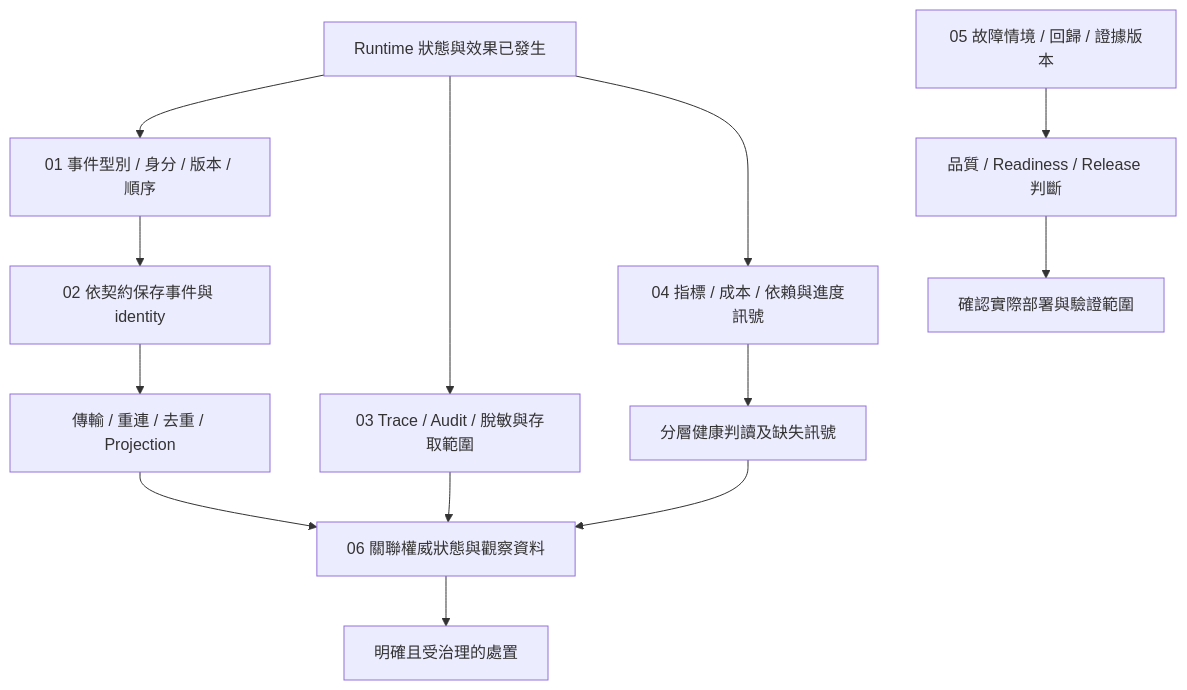
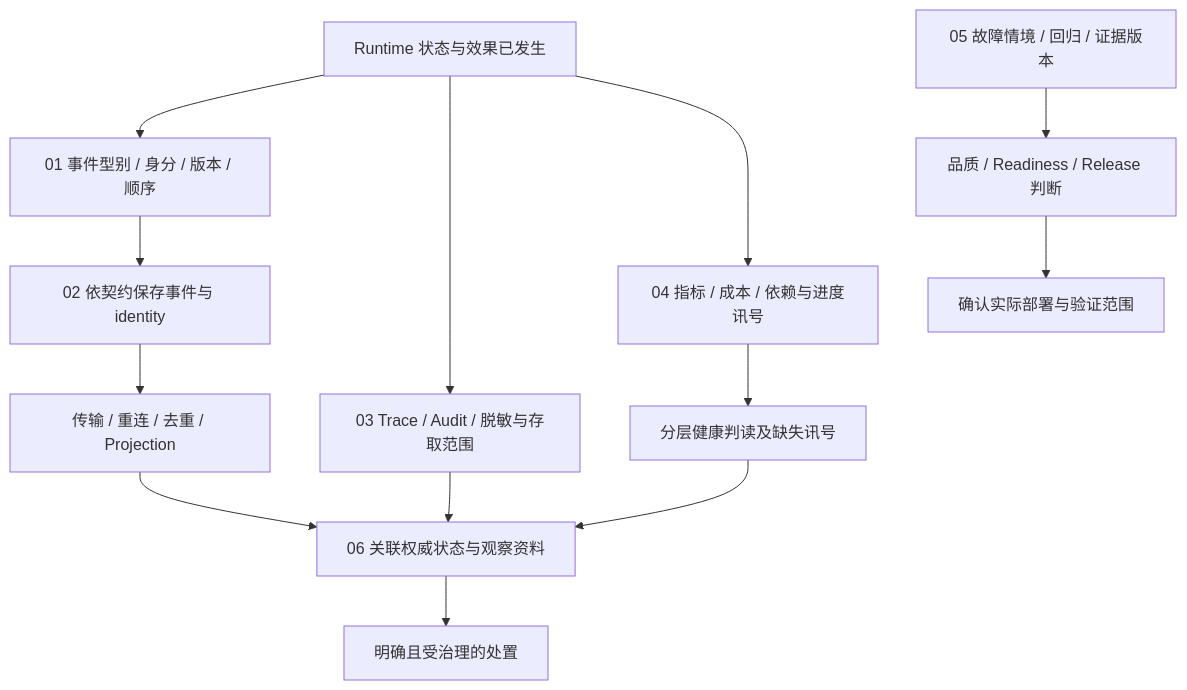
Before and after one commit to HsienW/gun-harness-engineering: the diagram in agent-runtime/events-and-operations/README-zh-CN.md, drawn with Mermaid. The commit also changed other lines of this file and 8 other files, not shown here.

First line of the commit message:
docs(runtime-operations): complete the English guide and localize diagrams

````diff
--- a/agent-runtime/events-and-operations/README-zh-CN.md
+++ b/agent-runtime/events-and-operations/README-zh-CN.md
@@ -30,15 +30,15 @@
 ```mermaid
 flowchart TD
-    Execution[Runtime 狀態與效果已發生] --> Event[01 事件型別 / 身分 / 版本 / 順序]
-    Event --> Persist[02 依契約保存事件與 identity]
-    Persist --> Consumer[傳輸 / 重連 / 去重 / Projection]
-    Execution --> Diagnose[03 Trace / Audit / 脫敏與存取範圍]
-    Execution --> Signals[04 指標 / 成本 / 依賴與進度訊號]
-    Signals --> Health[分層健康判讀及缺失訊號]
-    Consumer --> Incident[06 關聯權威狀態與觀察資料]
+    Execution[Runtime 状态与效果已发生] --> Event[01 事件型别 / 身分 / 版本 / 顺序]
+    Event --> Persist[02 依契约保存事件与 identity]
+    Persist --> Consumer[传输 / 重连 / 去重 / Projection]
+    Execution --> Diagnose[03 Trace / Audit / 脱敏与存取范围]
+    Execution --> Signals[04 指标 / 成本 / 依赖与进度讯号]
+    Signals --> Health[分层健康判读及缺失讯号]
+    Consumer --> Incident[06 关联权威状态与观察资料]
     Diagnose --> Incident
     Health --> Incident
-    Incident --> Action[明確且受治理的處置]
-    Faults[05 故障情境 / 回歸 / 證據版本] --> Gate[品質 / Readiness / Release 判斷]
-    Gate --> Review[確認實際部署與驗證範圍]
+    Incident --> Action[明确且受治理的处置]
+    Faults[05 故障情境 / 回归 / 证据版本] --> Gate[品质 / Readiness / Release 判断]
+    Gate --> Review[确认实际部署与验证范围]
 ```
````
